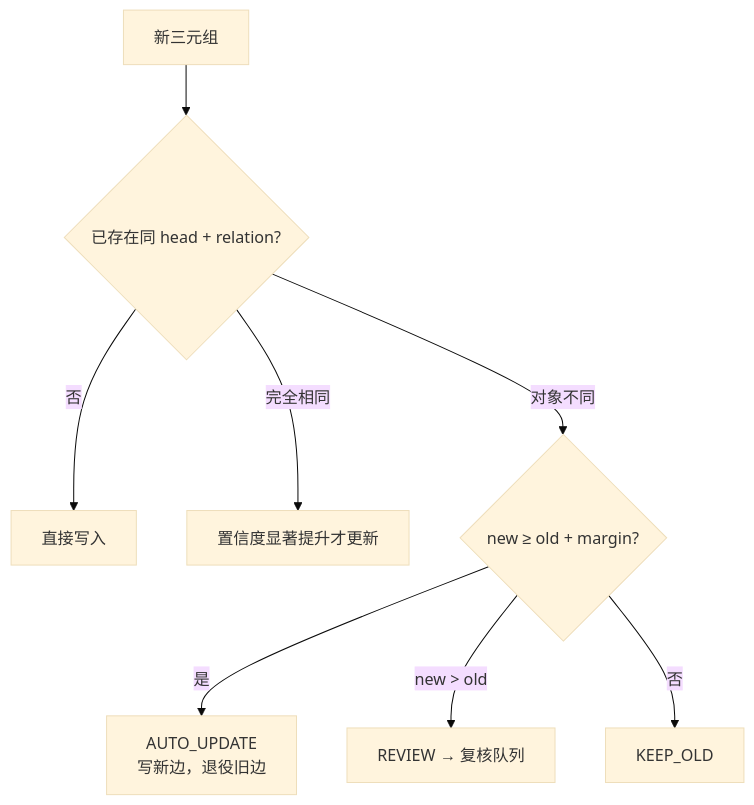
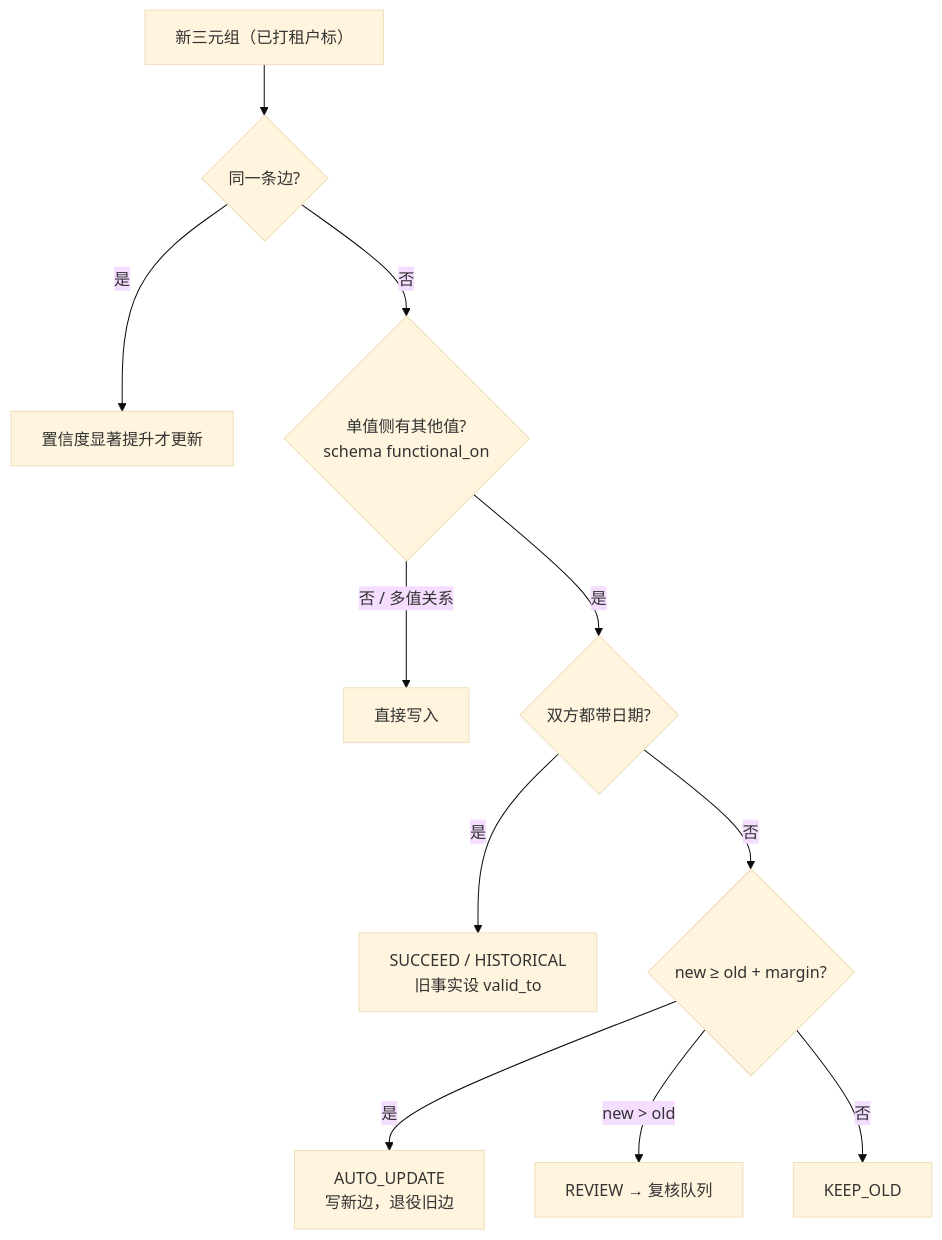
The ninth of 16 diagrams in docs/ARCHITECTURE.md (RightCloudhub/AG), drawn with Mermaid (base theme) before and after one commit. The commit also changed other lines of this file and 42 other files, not shown here.

````diff
--- a/docs/ARCHITECTURE.md
+++ b/docs/ARCHITECTURE.md
@@ -212,10 +212,13 @@
 ```mermaid
 flowchart TD
-    T["新三元组"] --> K{"已存在同 head + relation?"}
-    K -->|否| W["直接写入"]
-    K -->|完全相同| U["置信度显著提升才更新"]
-    K -->|对象不同| D{"new ≥ old + margin?"}
+    T["新三元组（已打租户标）"] --> F{"同一条边?"}
+    F -->|是| U["置信度显著提升才更新"]
+    F -->|否| K{"单值侧有其他值?<br/>schema functional_on"}
+    K -->|否 / 多值关系| W["直接写入"]
+    K -->|是| TM{"双方都带日期?"}
+    TM -->|是| TS["SUCCEED / HISTORICAL<br/>旧事实设 valid_to"]
+    TM -->|否| D{"new ≥ old + margin?"}
     D -->|是| AU["AUTO_UPDATE<br/>写新边，退役旧边"]
     D -->|"new > old"| RV["REVIEW → 复核队列"]
     D -->|否| KO["KEEP_OLD"]
 ```
````
